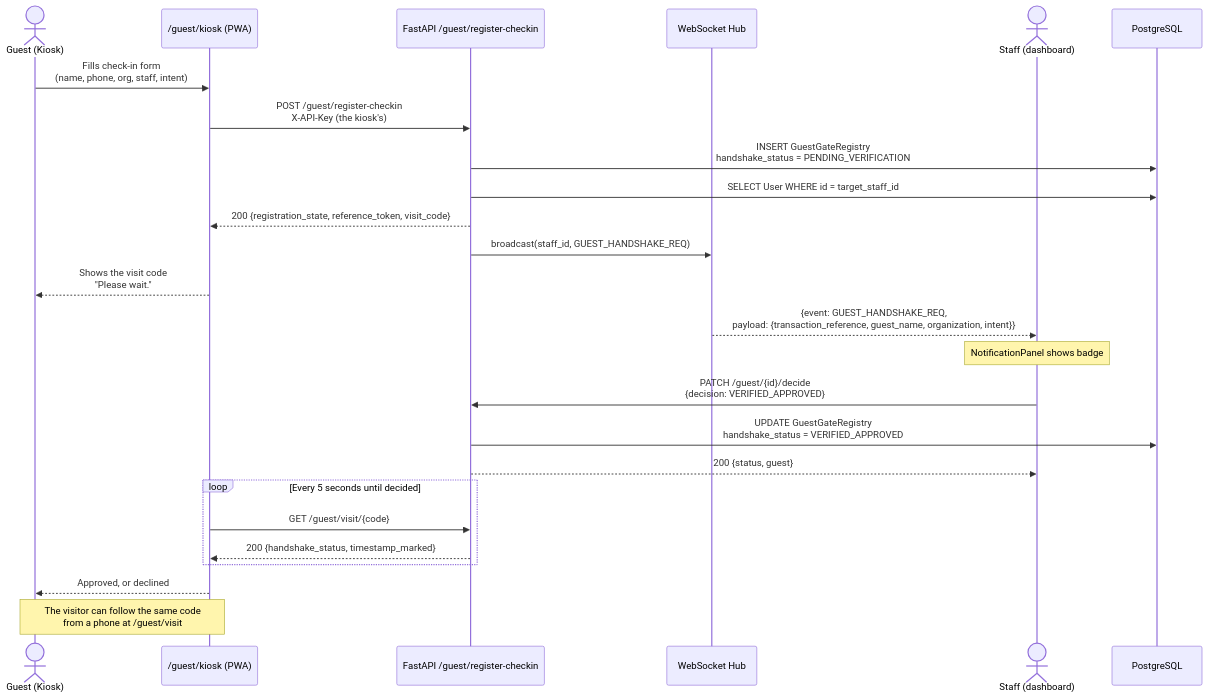
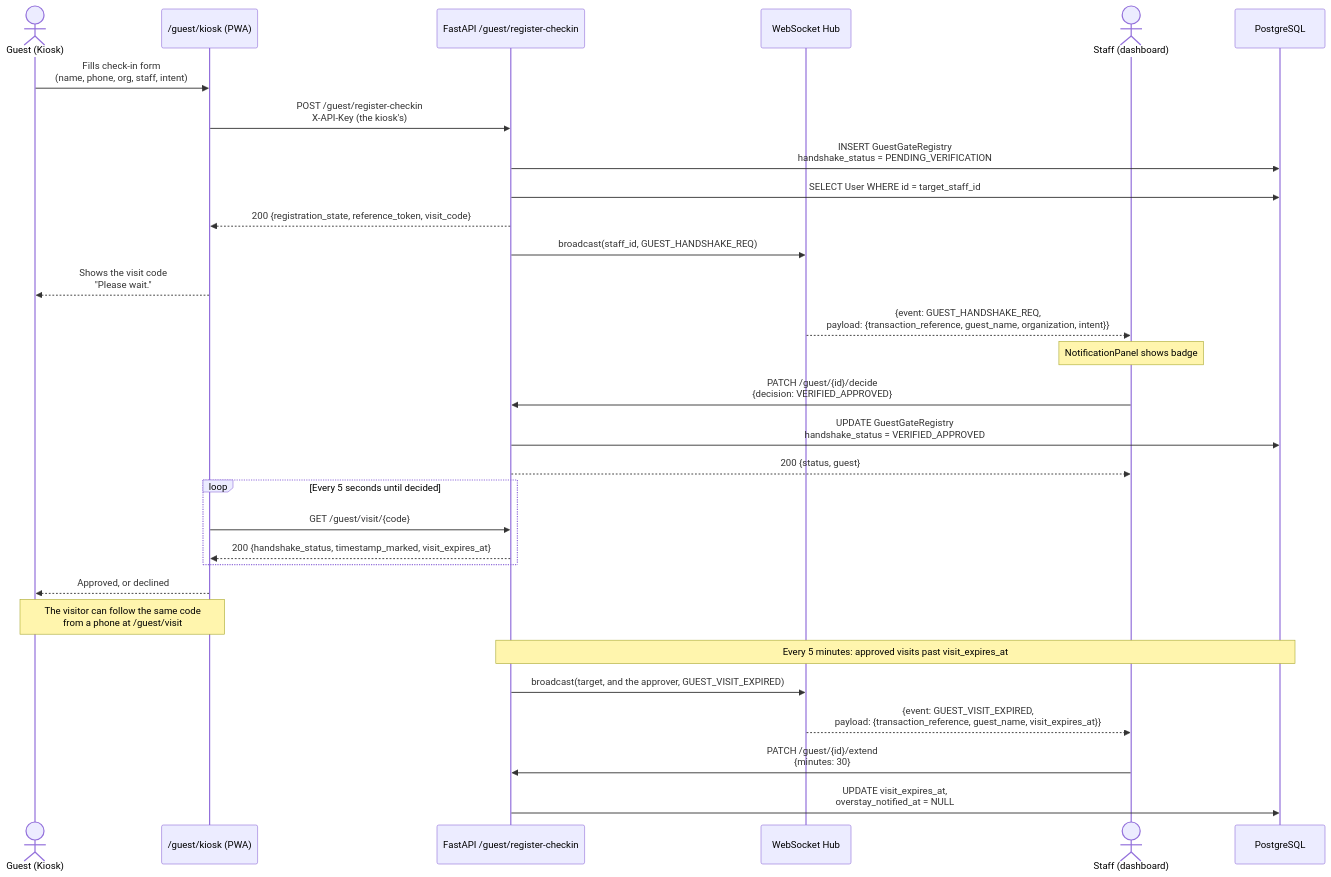
The third of 4 diagrams in docs/flows.md (Life-Experimentalist/Chronos-Ledger), drawn with Mermaid before and after one commit. The commit also changed other lines of this file and 2 other files, not shown here.

Commit message:
docs(guest): the expiry notice where the event tables are
The prose under GET /guest/overstays already said who is told and when. The
socket event table, the frame list in the spec comments and the gate-pass
sequence diagram had not heard of it.

````diff
--- a/docs/flows.md
+++ b/docs/flows.md
@@ -99,32 +99,38 @@
 ```mermaid
 sequenceDiagram
     actor G as Guest (Kiosk)
     participant KI as /guest/kiosk (PWA)
     participant API as FastAPI /guest/register-checkin
     participant WS as WebSocket Hub
     actor Fac as Staff (dashboard)
     participant DB as PostgreSQL
 
     G->>KI: Fills check-in form<br/>(name, phone, org, staff, intent)
     KI->>API: POST /guest/register-checkin<br/>X-API-Key (the kiosk's)
     API->>DB: INSERT GuestGateRegistry<br/>handshake_status = PENDING_VERIFICATION
     API->>DB: SELECT User WHERE id = target_staff_id
     API-->>KI: 200 {registration_state, reference_token, visit_code}
     API->>WS: broadcast(staff_id, GUEST_HANDSHAKE_REQ)
     KI-->>G: Shows the visit code<br/>"Please wait."
 
     WS-->>Fac: {event: GUEST_HANDSHAKE_REQ,<br/>payload: {transaction_reference, guest_name, organization, intent}}
     Note over Fac: NotificationPanel shows badge
 
     Fac->>API: PATCH /guest/{id}/decide<br/>{decision: VERIFIED_APPROVED}
     API->>DB: UPDATE GuestGateRegistry<br/>handshake_status = VERIFIED_APPROVED
     API-->>Fac: 200 {status, guest}
 
     loop Every 5 seconds until decided
         KI->>API: GET /guest/visit/{code}
-        API-->>KI: 200 {handshake_status, timestamp_marked}
+        API-->>KI: 200 {handshake_status, timestamp_marked, visit_expires_at}
     end
     KI-->>G: Approved, or declined
 
     Note over KI,G: The visitor can follow the same code<br/>from a phone at /guest/visit
+
+    Note over API,DB: Every 5 minutes: approved visits past visit_expires_at
+    API->>WS: broadcast(target, and the approver, GUEST_VISIT_EXPIRED)
+    WS-->>Fac: {event: GUEST_VISIT_EXPIRED,<br/>payload: {transaction_reference, guest_name, visit_expires_at}}
+    Fac->>API: PATCH /guest/{id}/extend<br/>{minutes: 30}
+    API->>DB: UPDATE visit_expires_at,<br/>overstay_notified_at = NULL
 ```
````
